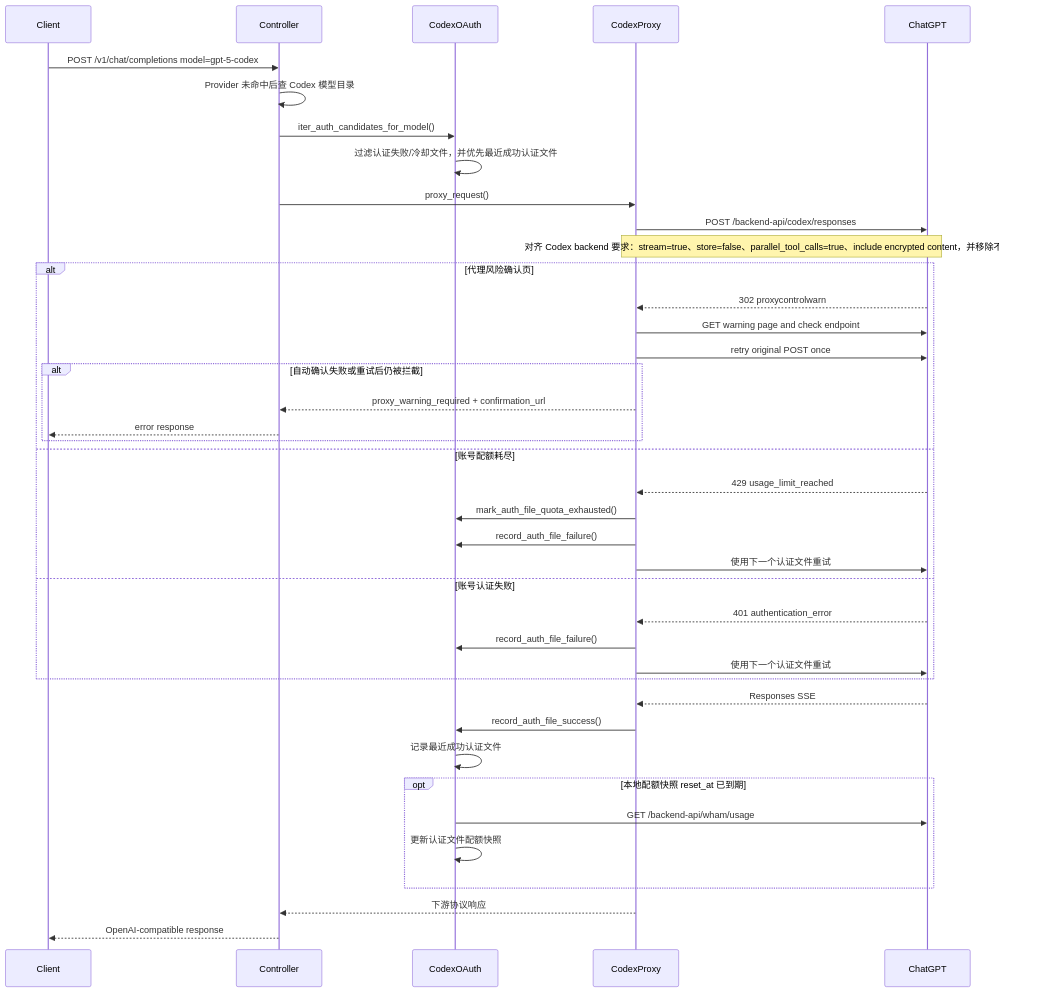
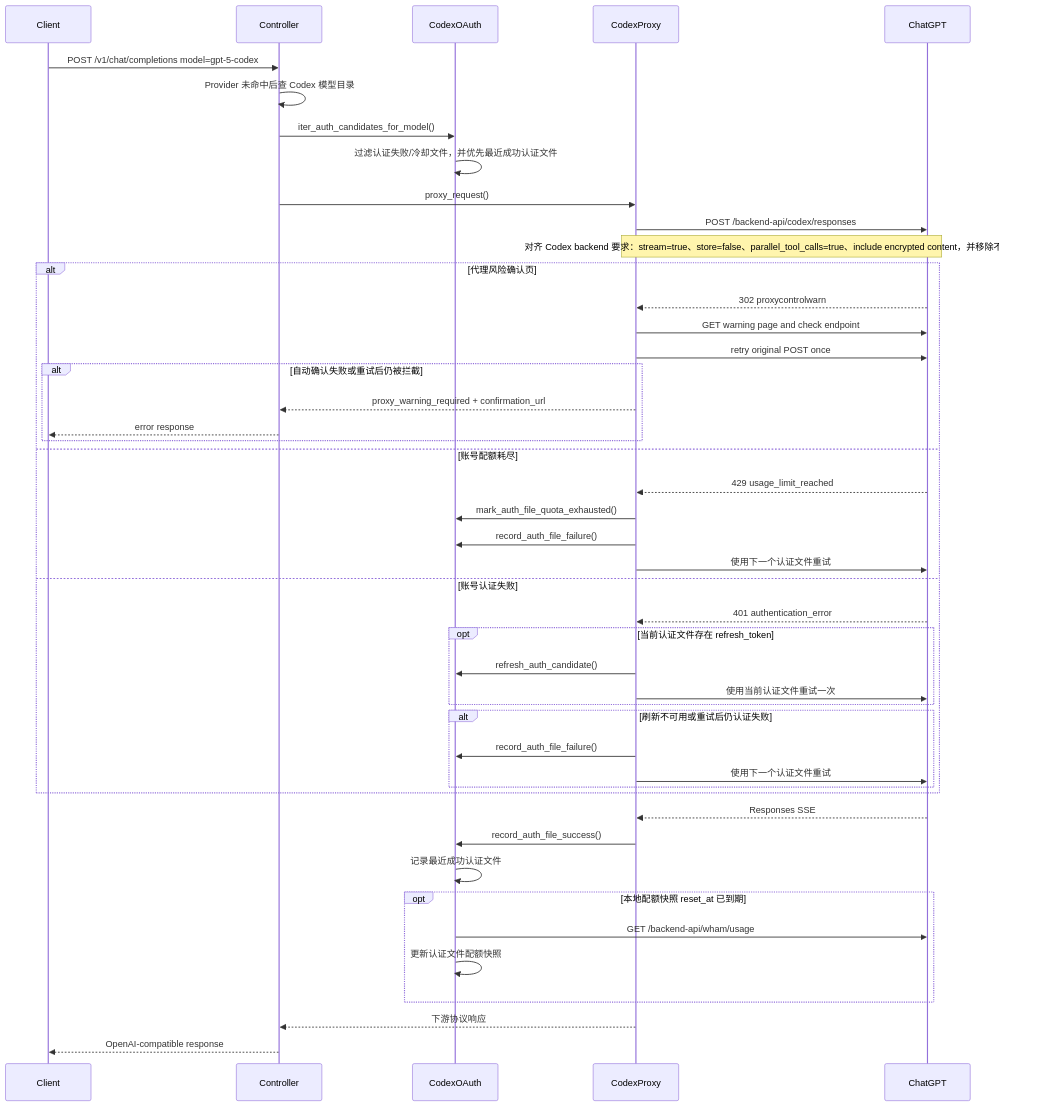
The second of 3 diagrams in docs/architecture-4plus1.md (VonSdite/LLM_Proxy), drawn with Mermaid before and after one commit. The commit also changed other lines of this file and 3 other files, not shown here.

````diff
--- a/docs/architecture-4plus1.md
+++ b/docs/architecture-4plus1.md
@@ -835,43 +837,49 @@
 ```mermaid
 sequenceDiagram
     participant Client
     participant Controller
     participant CodexOAuth
     participant CodexProxy
     participant ChatGPT
 
     Client->>Controller: POST /v1/chat/completions model=gpt-5-codex
     Controller->>Controller: Provider 未命中后查 Codex 模型目录
     Controller->>CodexOAuth: iter_auth_candidates_for_model()
     CodexOAuth->>CodexOAuth: 过滤认证失败/冷却文件，并优先最近成功认证文件
     Controller->>CodexProxy: proxy_request()
     CodexProxy->>ChatGPT: POST /backend-api/codex/responses
     Note over CodexProxy,ChatGPT: 对齐 Codex backend 要求：stream=true、store=false、parallel_tool_calls=true、include encrypted content，并移除不支持字段
     alt 代理风险确认页
         ChatGPT-->>CodexProxy: 302 proxycontrolwarn
         CodexProxy->>ChatGPT: GET warning page and check endpoint
         CodexProxy->>ChatGPT: retry original POST once
         alt 自动确认失败或重试后仍被拦截
             CodexProxy-->>Controller: proxy_warning_required + confirmation_url
             Controller-->>Client: error response
         end
     else 账号配额耗尽
         ChatGPT-->>CodexProxy: 429 usage_limit_reached
         CodexProxy->>CodexOAuth: mark_auth_file_quota_exhausted()
         CodexProxy->>CodexOAuth: record_auth_file_failure()
         CodexProxy->>ChatGPT: 使用下一个认证文件重试
     else 账号认证失败
         ChatGPT-->>CodexProxy: 401 authentication_error
-        CodexProxy->>CodexOAuth: record_auth_file_failure()
-        CodexProxy->>ChatGPT: 使用下一个认证文件重试
+        opt 当前认证文件存在 refresh_token
+            CodexProxy->>CodexOAuth: refresh_auth_candidate()
+            CodexProxy->>ChatGPT: 使用当前认证文件重试一次
+        end
+        alt 刷新不可用或重试后仍认证失败
+            CodexProxy->>CodexOAuth: record_auth_file_failure()
+            CodexProxy->>ChatGPT: 使用下一个认证文件重试
+        end
     end
     ChatGPT-->>CodexProxy: Responses SSE
     CodexProxy->>CodexOAuth: record_auth_file_success()
     CodexOAuth->>CodexOAuth: 记录最近成功认证文件
     opt 本地配额快照 reset_at 已到期
         CodexOAuth->>ChatGPT: GET /backend-api/wham/usage
         CodexOAuth->>CodexOAuth: 更新认证文件配额快照
     end
     CodexProxy-->>Controller: 下游协议响应
     Controller-->>Client: OpenAI-compatible response
 ```
````
